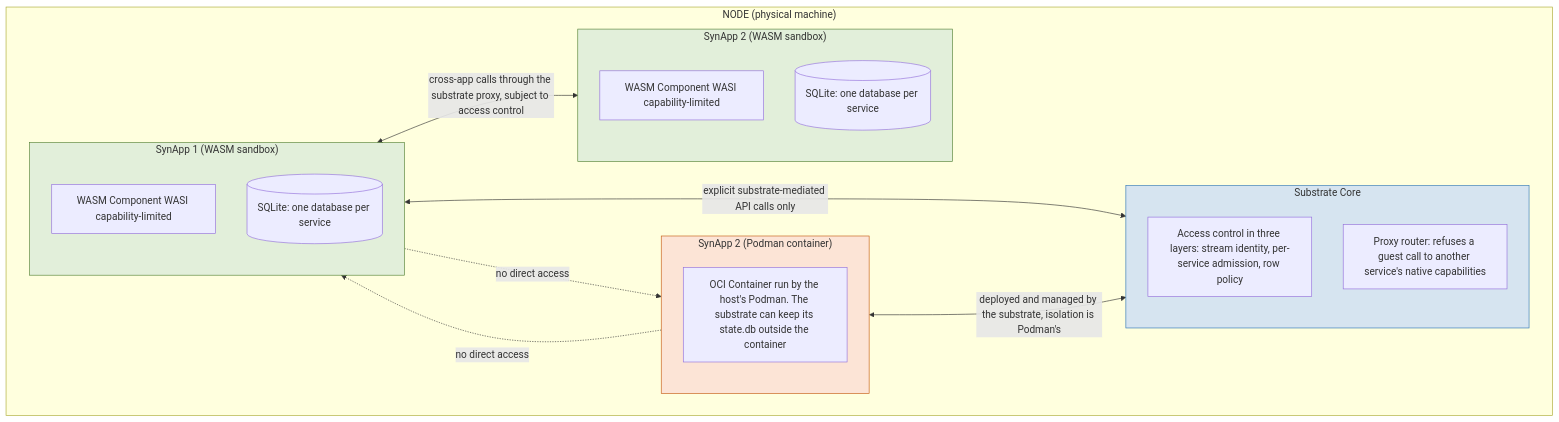
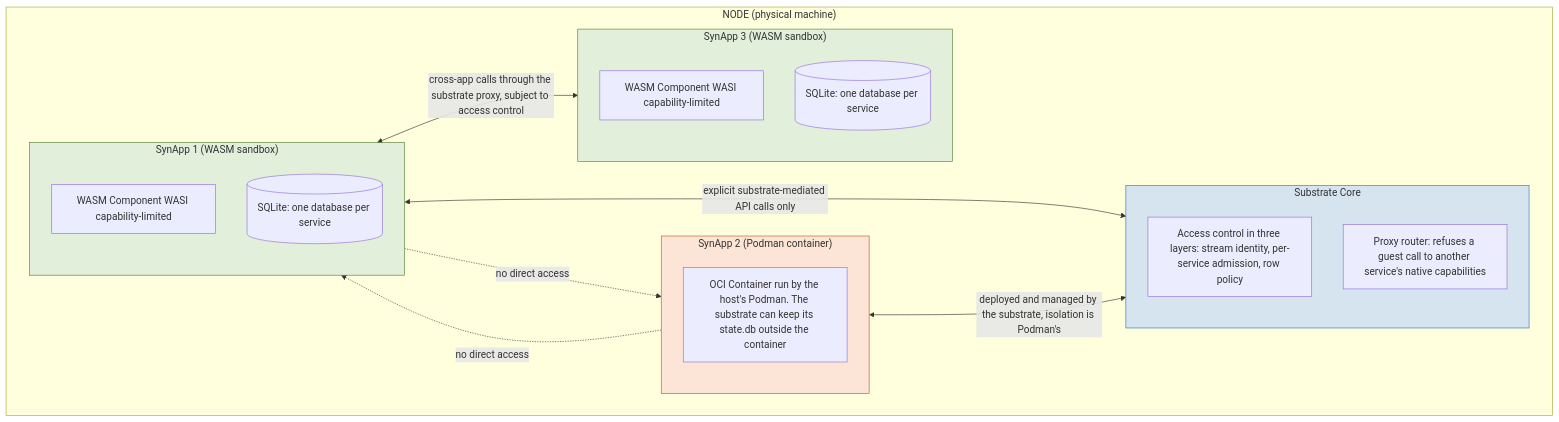
Diagram 23 of 23 in docs/system-architecture.md (syneroym/syneroym), drawn with Mermaid before and after one commit. The commit also changed other lines of this file and 5 other files, not shown here.

First line of the commit message:
docs(architecture): apply coverage check misses

````diff
--- a/docs/system-architecture.md
+++ b/docs/system-architecture.md
@@ -1623,34 +1629,34 @@
 ```mermaid
 flowchart TD
     subgraph NODE2["NODE (physical machine)"]
         subgraph APP1["SynApp 1 (WASM sandbox)"]
             W1[WASM Component WASI capability-limited]
             DB1[(SQLite: one database per service)]
         end
 
         subgraph APP2["SynApp 2 (Podman container)"]
             P1[OCI Container run by the host's Podman. The substrate can keep its state.db outside the container]
         end
 
-        subgraph APP3["SynApp 2 (WASM sandbox)"]
+        subgraph APP3["SynApp 3 (WASM sandbox)"]
             W2[WASM Component WASI capability-limited]
             DB2[(SQLite: one database per service)]
         end
 
         subgraph SUBSTRATE_CORE["Substrate Core"]
             AC3[Access control in three layers: stream identity, per-service admission, row policy]
             MSG4[Proxy router: refuses a guest call to another service's native capabilities]
         end
     end
 
     APP1 <-->|"cross-app calls through the substrate proxy, subject to access control"| APP3
     APP1 <-->|"explicit substrate-mediated API calls only"| SUBSTRATE_CORE
     APP2 <-->|"deployed and managed by the substrate, isolation is Podman's"| SUBSTRATE_CORE
     APP1 -. "no direct access" .-> APP2
     APP2 -. "no direct access" .-> APP1
 
     style APP1 fill:#E2EFDA,stroke:#548235
     style APP2 fill:#FCE4D6,stroke:#C55A11
     style APP3 fill:#E2EFDA,stroke:#548235
     style SUBSTRATE_CORE fill:#D6E4F0,stroke:#2E75B6
 ```
````
